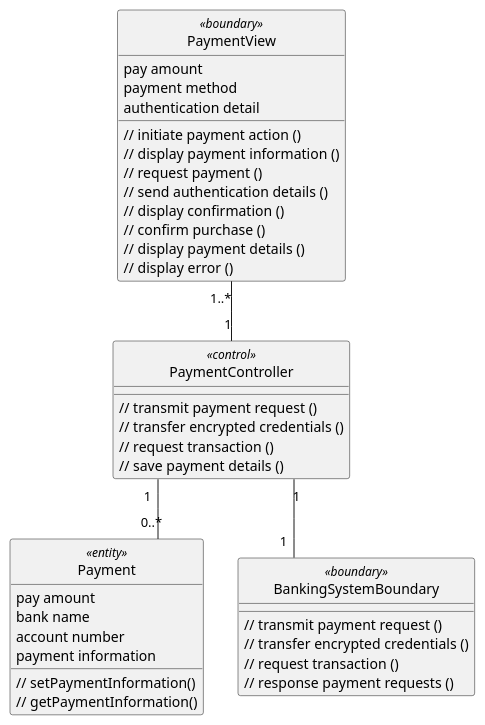
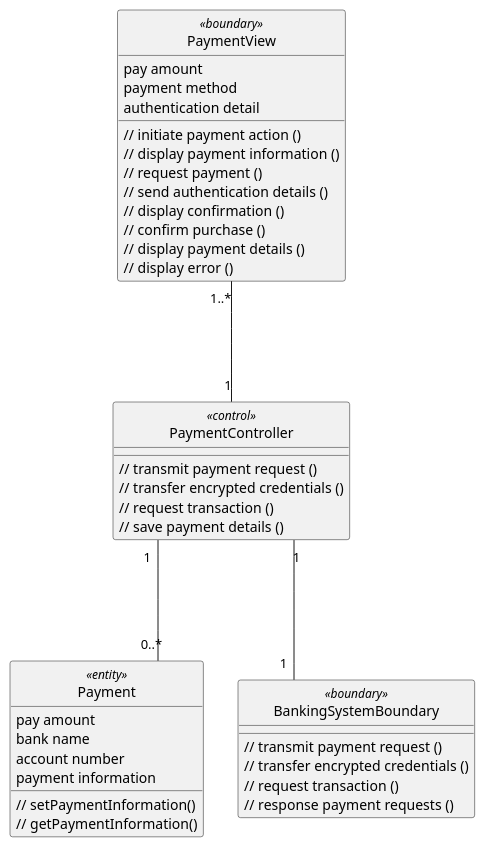
Before and after one commit to anhbanlinhle/velocity-exchange: the diagram in uml/analysis/class/make_payment.puml, drawn with PlantUML. The commit also changed 3 other files, not shown here.

Commit message:
doc[lynn]: vopc diagram 4-6-7-8

```diff
--- a/uml/analysis/class/make_payment.puml
+++ b/uml/analysis/class/make_payment.puml
@@ -1,54 +1,54 @@
 @startuml 
 skinparam classAttributeIconSize 0
 skinparam linetype ortho
 hide circle
 class PaymentView <<boundary>> {
     pay amount
     payment method
     authentication detail
 
     // initiate payment action ()
     // display payment information ()
     // request payment ()
     // send authentication details ()
     // display confirmation ()
     // confirm purchase ()
     // display payment details ()
     // display error ()
 
     }
 
 class PaymentController <<control>> {
     // transmit payment request ()
     // transfer encrypted credentials ()
     // request transaction ()
     // save payment details ()
 
     }
 
 class Payment <<entity>> {
     pay amount
     bank name
     account number
     payment information
 
     // setPaymentInformation()
     // getPaymentInformation()
 
     }
 
 class BankingSystemBoundary <<boundary>> {
     // transmit payment request ()
     // transfer encrypted credentials ()
     // request transaction ()
     // response payment requests ()
 
     }
 
-PaymentView "1..*" -- "1" PaymentController
+PaymentView "1..*" --- "1" PaymentController
 
-PaymentController "1" -- "0..*" Payment
+PaymentController "1" --- "0..*" Payment
 
-PaymentController "1" -- "1" BankingSystemBoundary
+PaymentController "1" --- "1" BankingSystemBoundary
 
 @enduml
```
